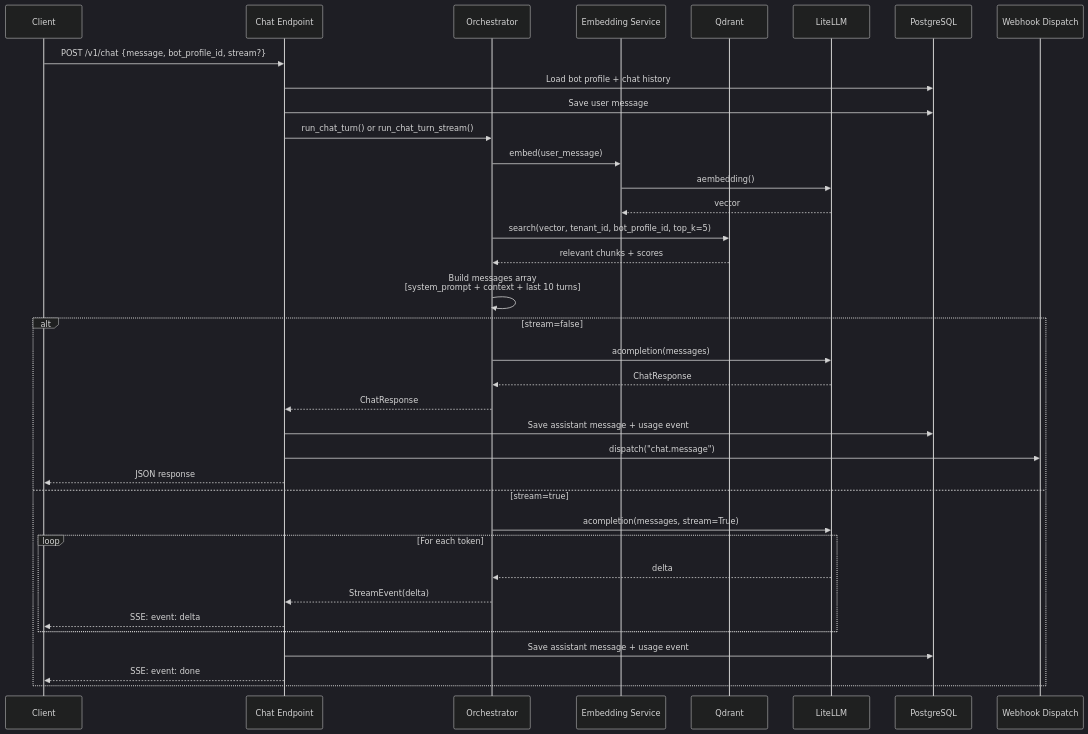
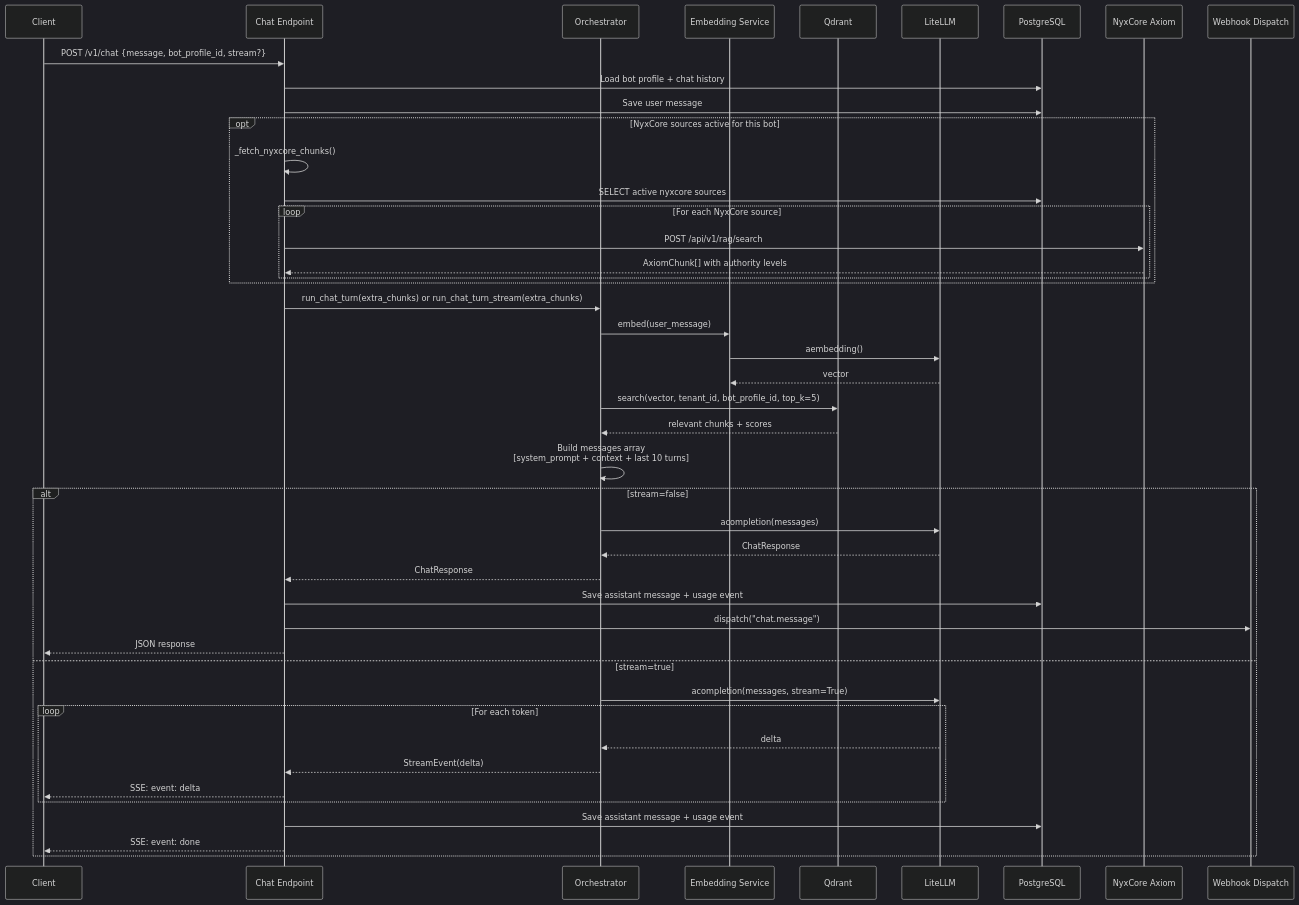
Before and after one commit to mrwind-up-bird/mini-chat-rag: the third of 7 diagrams in docs/architecture.md, drawn with Mermaid (dark theme). The commit also changed other lines of this file and 4 other files, not shown here.

````diff
--- a/docs/architecture.md
+++ b/docs/architecture.md
@@ -124,43 +126,53 @@
 ```mermaid
 sequenceDiagram
     participant C as Client
     participant API as Chat Endpoint
     participant O as Orchestrator
     participant E as Embedding Service
     participant V as Qdrant
     participant LLM as LiteLLM
     participant DB as PostgreSQL
+    participant NyxCore as NyxCore Axiom
     participant WH as Webhook Dispatch
-    
+
     C->>API: POST /v1/chat {message, bot_profile_id, stream?}
     API->>DB: Load bot profile + chat history
     API->>DB: Save user message
-    
-    API->>O: run_chat_turn() or run_chat_turn_stream()
+
+    opt NyxCore sources active for this bot
+        API->>API: _fetch_nyxcore_chunks()
+        API->>DB: SELECT active nyxcore sources
+        loop For each NyxCore source
+            API->>NyxCore: POST /api/v1/rag/search
+            NyxCore-->>API: AxiomChunk[] with authority levels
+        end
+    end
+
+    API->>O: run_chat_turn(extra_chunks) or run_chat_turn_stream(extra_chunks)
     O->>E: embed(user_message)
     E->>LLM: aembedding()
     LLM-->>E: vector
     
     O->>V: search(vector, tenant_id, bot_profile_id, top_k=5)
     V-->>O: relevant chunks + scores
     
     O->>O: Build messages array<br/>[system_prompt + context + last 10 turns]
     
     alt stream=false
         O->>LLM: acompletion(messages)
         LLM-->>O: ChatResponse
         O-->>API: ChatResponse
         API->>DB: Save assistant message + usage event
         API->>WH: dispatch("chat.message")
         API-->>C: JSON response
     else stream=true
         O->>LLM: acompletion(messages, stream=True)
         loop For each token
             LLM-->>O: delta
             O-->>API: StreamEvent(delta)
             API-->>C: SSE: event: delta
         end
         API->>DB: Save assistant message + usage event
         API-->>C: SSE: event: done
     end
 ```
````
